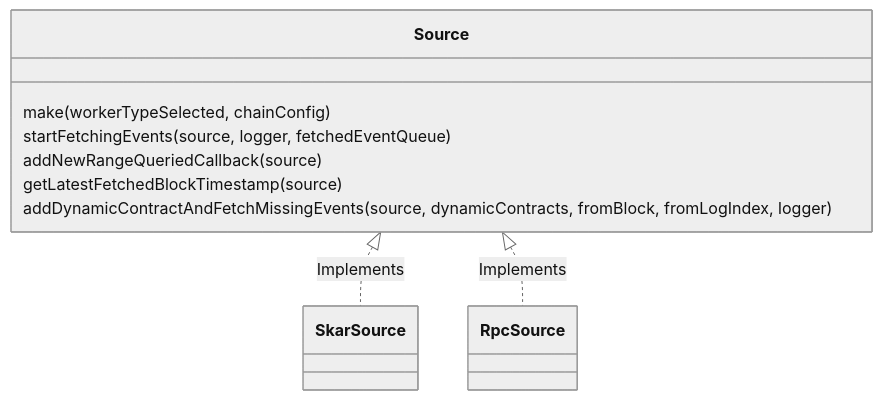
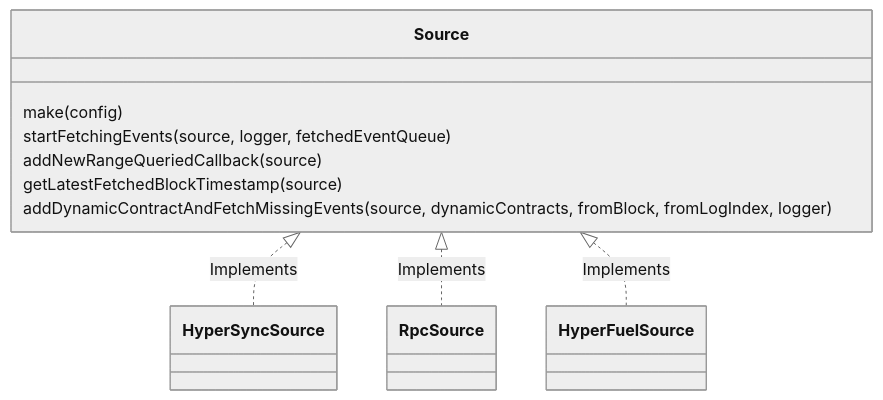
Before and after one commit to enviodev/hyperindex: the third of 3 diagrams in internal_docs/EventFetchers.md, drawn with Mermaid (neutral theme). The commit also changed other lines of this file and 3 other files, not shown here.

````diff
--- a/internal_docs/EventFetchers.md
+++ b/internal_docs/EventFetchers.md
@@ -51,12 +54,13 @@
 ```mermaid
 classDiagram
   class Source {
-    make(workerTypeSelected, chainConfig)
+    make(config)
     startFetchingEvents(source, logger, fetchedEventQueue)
     addNewRangeQueriedCallback(source)
     getLatestFetchedBlockTimestamp(source)
     addDynamicContractAndFetchMissingEvents(source, dynamicContracts, fromBlock, fromLogIndex, logger)
   }
-  Source <|.. SkarSource : Implements
+  Source <|.. HyperSyncSource : Implements
   Source <|.. RpcSource : Implements
+  Source <|.. HyperFuelSource : Implements
 ```
````
